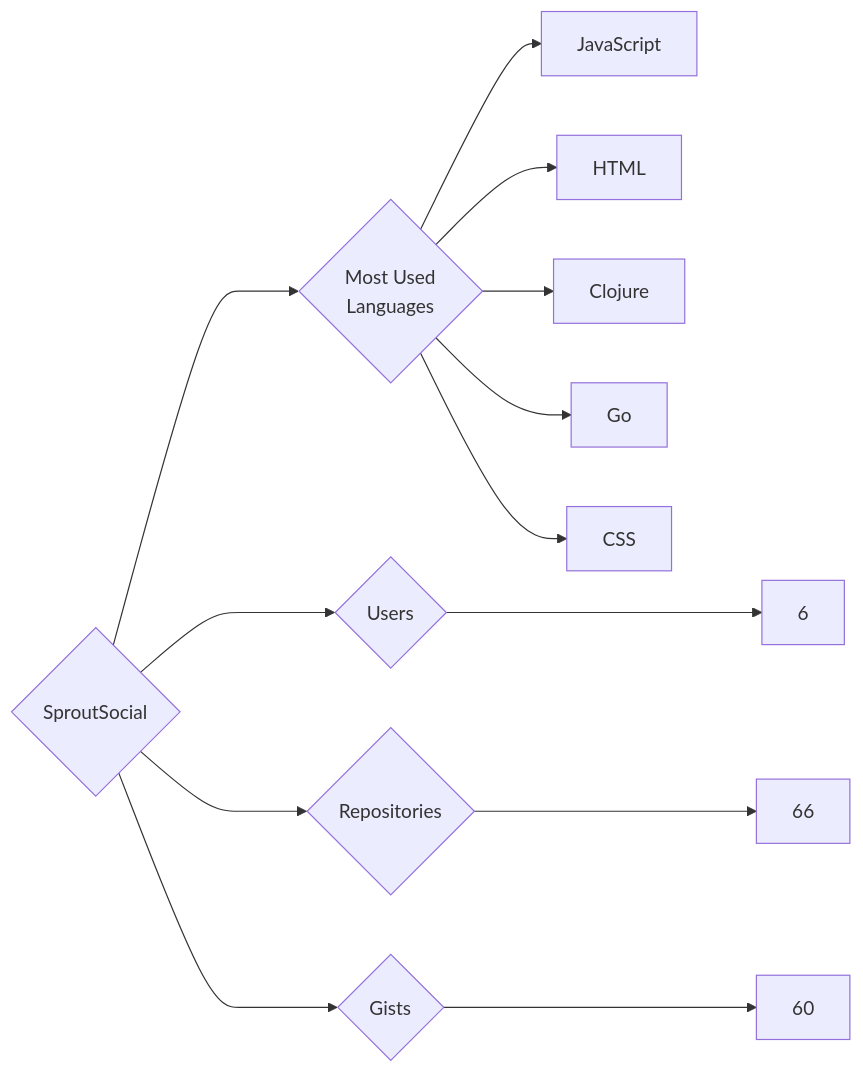
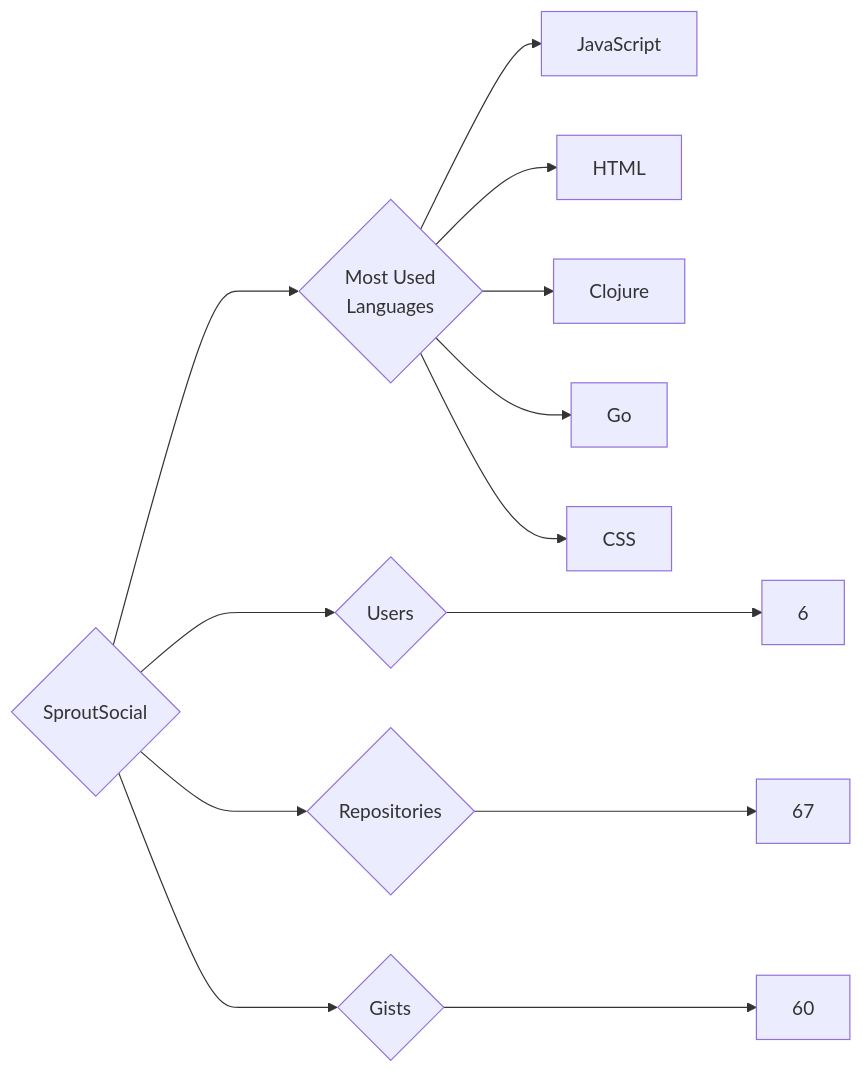
The diagram in targets/SproutSocial/README.md (trickest/insiders), drawn with Mermaid before and after one commit. The commit also changed 835 other files, not shown here.

````diff
--- a/targets/SproutSocial/README.md
+++ b/targets/SproutSocial/README.md
@@ -3,13 +3,13 @@
 ```mermaid
 graph LR
 COMPANY_NAME{SproutSocial}
 COMPANY_NAME ---> U{Users} ---> UN[6]
-COMPANY_NAME ---> R{Repositories} ---> RN[66]
+COMPANY_NAME ---> R{Repositories} ---> RN[67]
 COMPANY_NAME ---> G{Gists} ---> GN[60]
 COMPANY_NAME ---> ML{Most Used<br>Languages}
 ML --> JavaScript[JavaScript]
 ML --> HTML[HTML]
 ML --> Clojure[Clojure]
 ML --> Go[Go]
 ML --> CSS[CSS]
 ```
````
